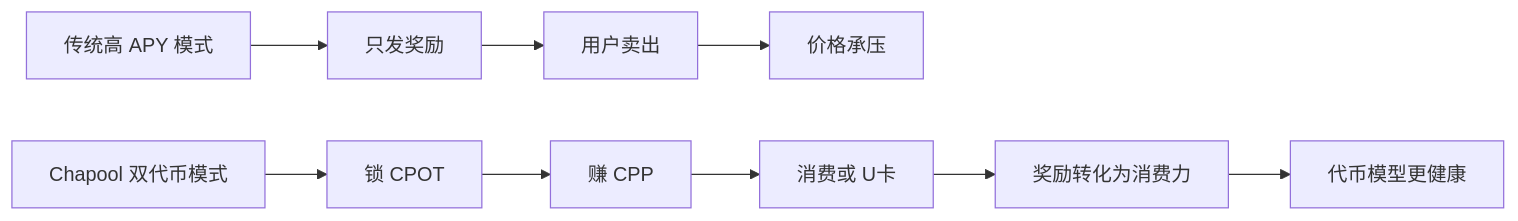
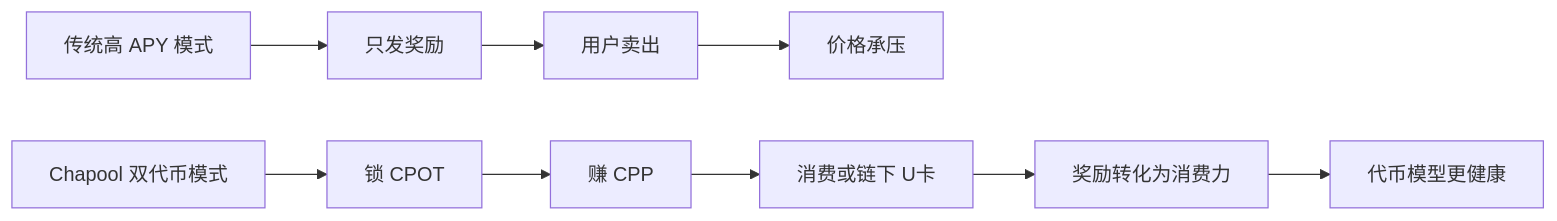
One commit to chapool/account-abstraction changed the fifth of 11 diagrams in docs/Chapool-TVL-Product-Design.md. Above: the diagram before and after it, drawn with Mermaid. The commit also changed other lines of this file, not shown here.

````diff
--- a/docs/Chapool-TVL-Product-Design.md
+++ b/docs/Chapool-TVL-Product-Design.md
@@ -649,12 +649,12 @@
 ```mermaid
 flowchart LR
     A[传统高 APY 模式] --> B[只发奖励]
     B --> C[用户卖出]
     C --> D[价格承压]
 
     E[Chapool 双代币模式] --> F[锁 CPOT]
     F --> G[赚 CPP]
-    G --> H[消费或 U卡]
+    G --> H[消费或链下 U卡]
     H --> I[奖励转化为消费力]
     I --> J[代币模型更健康]
 ```
````
